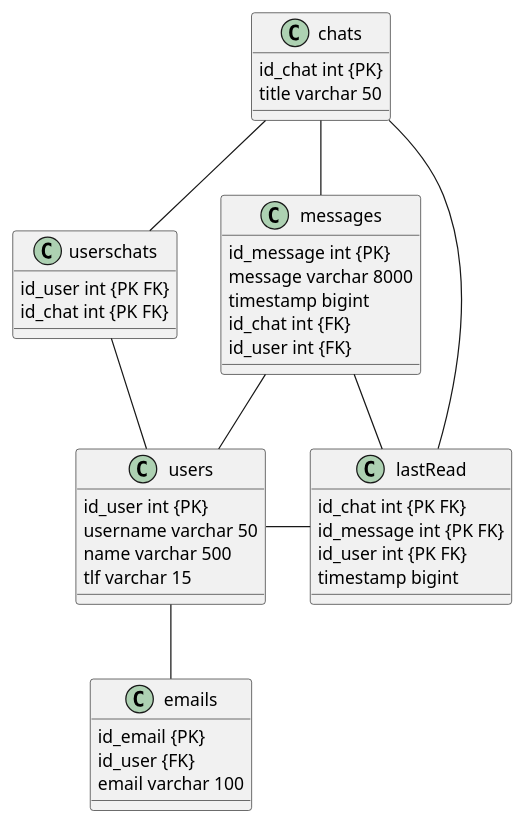
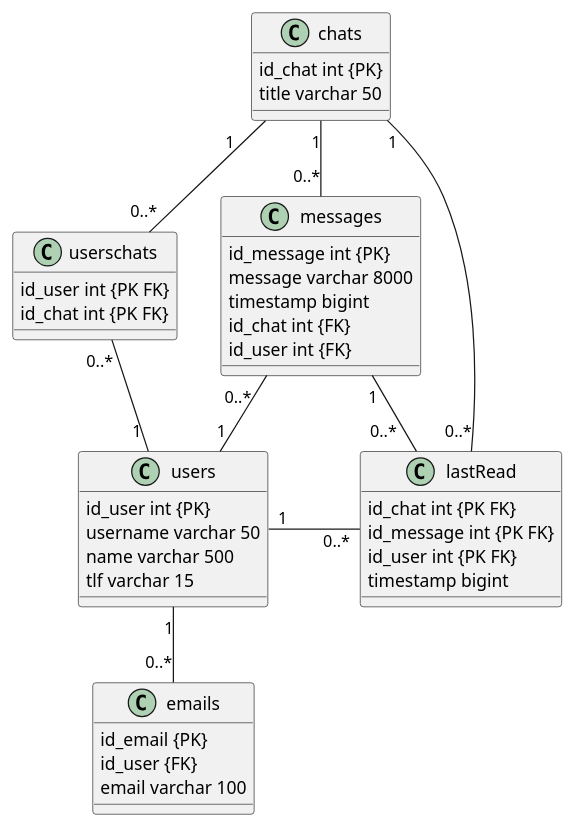
Before and after one commit to freebattie/pg209exam-freebattie: the diagram in documents/db_ER-model.puml, drawn with PlantUML. The commit also changed 1 other file, not shown here.

Commit message:
Update ER-model

```diff
--- a/documents/db_ER-model.puml
+++ b/documents/db_ER-model.puml
@@ -1,55 +1,55 @@
 @startuml
 'https://plantuml.com/class-diagram
 
-chats -- userschats
-chats -- messages
-chats --- lastRead
+chats "1     " -- "0..*" userschats
+chats "1" -- "0..*" messages
+chats "1" --- "0..*" lastRead
 
-userschats -- users
+userschats "0..*" -- "1 " users
 
-messages -- users
-messages -- lastRead
+messages "0..*  " -- "1" users
+messages "1" -- "0..*   " lastRead
 
-users - lastRead
-users -- emails
+users "1" - "0..*" lastRead : "           "
+users "1" -- "0..*" emails
 
 class chats{
     id_chat int {PK}
     title varchar 50
 }
 
 class userschats{
     id_user int {PK FK}
     id_chat int {PK FK}
 }
 
 class messages {
     id_message int {PK}
     message varchar 8000
     timestamp bigint
     id_chat int {FK}
     id_user int {FK}
 
 }
 
 class lastRead{
     id_chat int {PK FK}
     id_message int {PK FK}
     id_user int {PK FK}
     timestamp bigint
 }
 
 class users {
     id_user int {PK}
     username varchar 50
     name varchar 500
     tlf varchar 15
 }
 
 class emails {
     id_email {PK}
     id_user {FK}
     email varchar 100
 }
 
 @enduml
```
